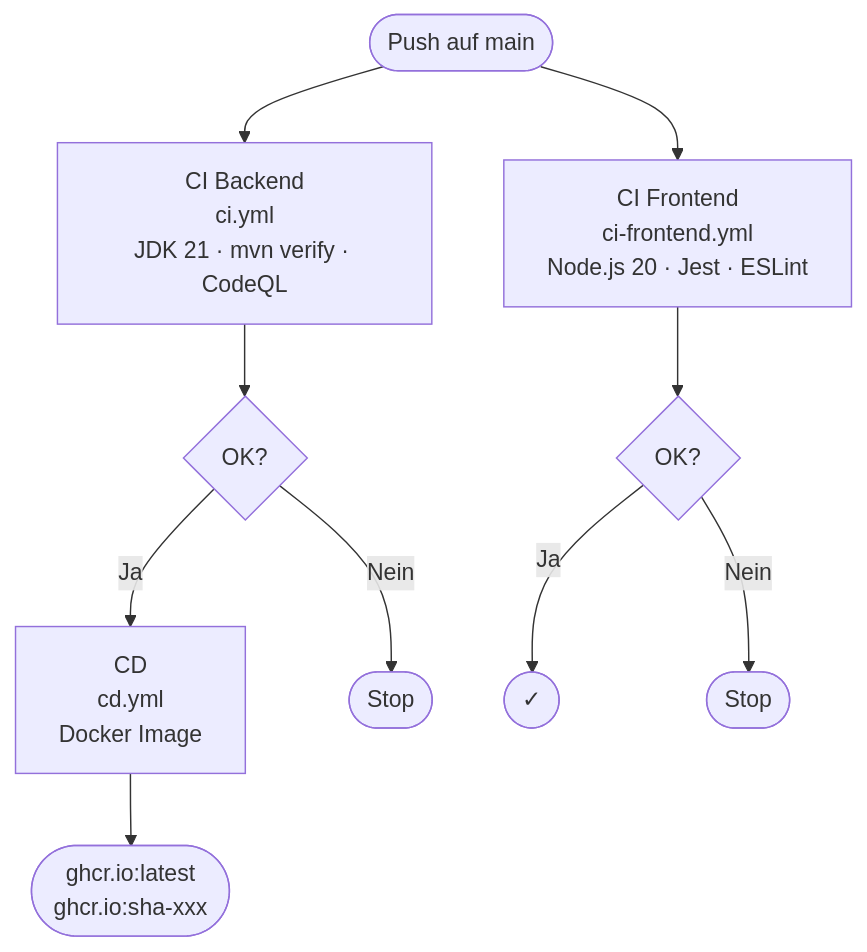
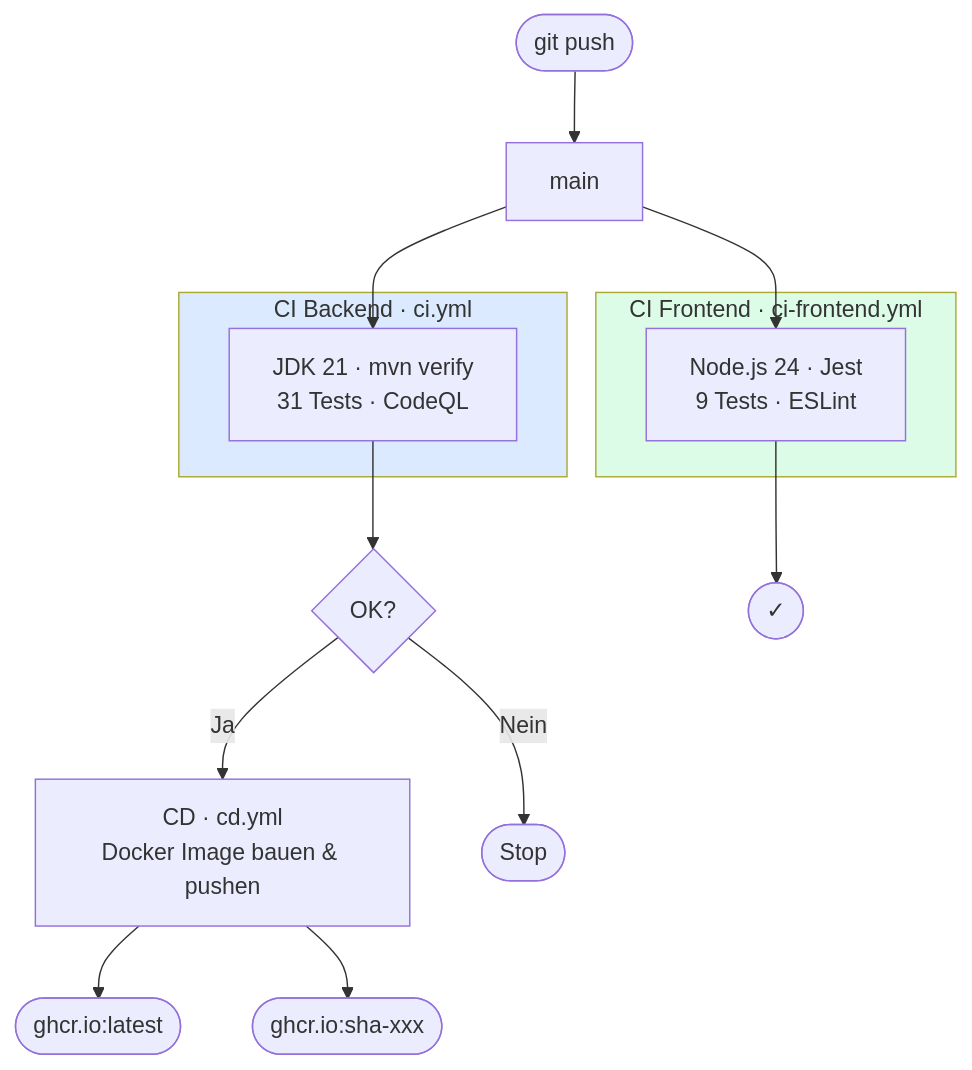
The diagram in backend/docs/Arbeitsjournale/2026-06-12.md (DerDexBot/Modul_324_DevOps), drawn with Mermaid before and after one commit. The commit also changed other lines of this file, not shown here.

````diff
--- a/backend/docs/Arbeitsjournale/2026-06-12.md
+++ b/backend/docs/Arbeitsjournale/2026-06-12.md
@@ -112,17 +171,24 @@
 ```mermaid
 flowchart TD
-    A([Push auf main]) --> B & C
+    DEV([git push]) --> MAIN[main]
+    MAIN --> CIB & CIF
 
-    B["CI Backend\nci.yml\nJDK 21 · mvn verify · CodeQL"]
-    C["CI Frontend\nci-frontend.yml\nNode.js 20 · Jest · ESLint"]
+    subgraph CIB_block["CI Backend · ci.yml"]
+        CIB["JDK 21 · mvn verify\n31 Tests · CodeQL"]
+    end
 
-    B --> D{OK?}
-    D -- Ja --> F["CD\ncd.yml\nDocker Image"]
-    D -- Nein --> E([Stop])
+    subgraph CIF_block["CI Frontend · ci-frontend.yml"]
+        CIF["Node.js 24 · Jest\n9 Tests · ESLint"]
+    end
 
-    C --> G{OK?}
-    G -- Ja --> I([✓])
-    G -- Nein --> H([Stop])
+    CIB --> GATE{OK?}
+    GATE -- Ja --> CD["CD · cd.yml\nDocker Image bauen & pushen"]
+    GATE -- Nein --> STOP([Stop])
+    CIF --> FSTATUS([✓])
 
-    F --> K([ghcr.io:latest\nghcr.io:sha-xxx])
+    CD --> T1([ghcr.io:latest])
+    CD --> T2([ghcr.io:sha-xxx])
+
+    style CIB_block fill:#dbeafe
+    style CIF_block fill:#dcfce7
 ```
````
